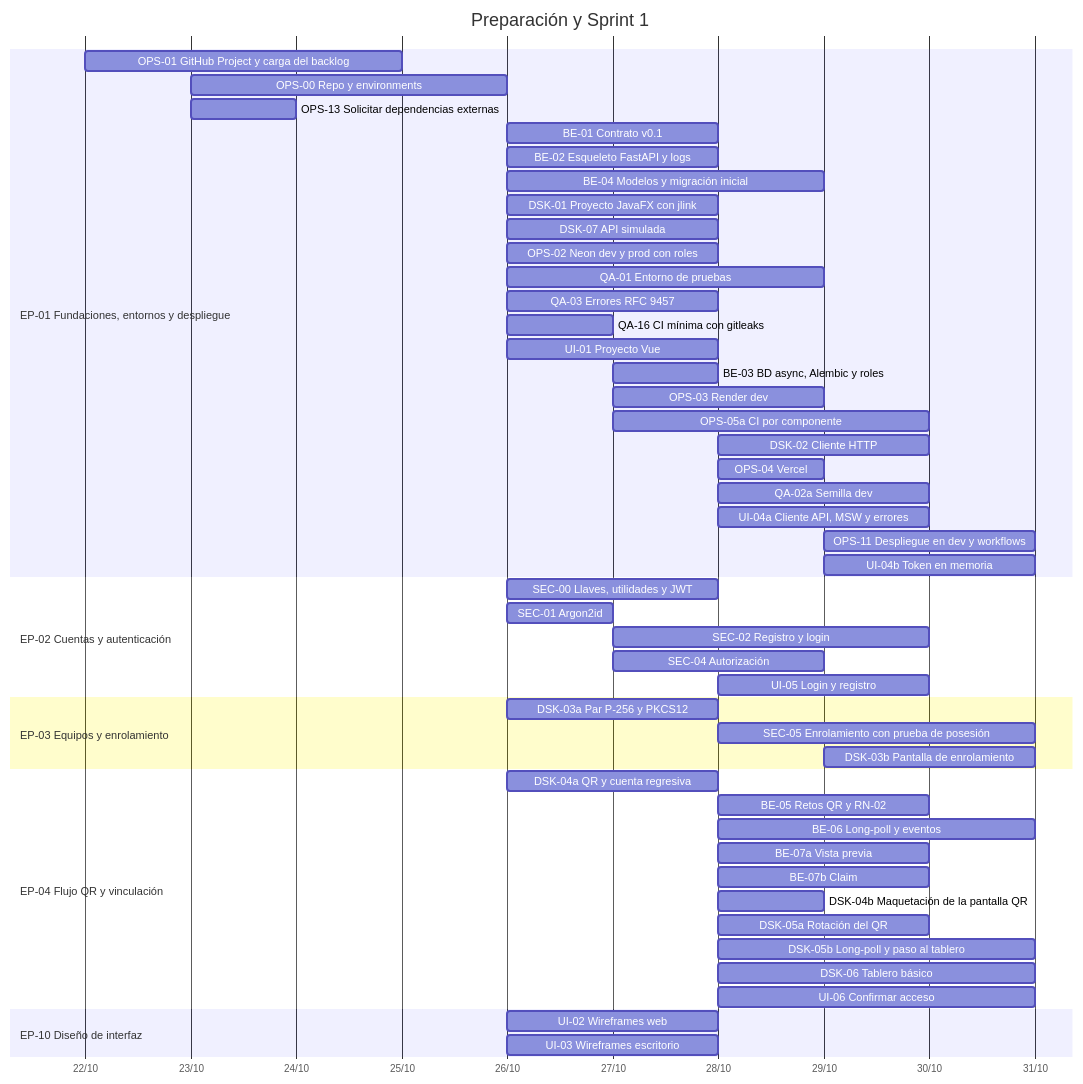
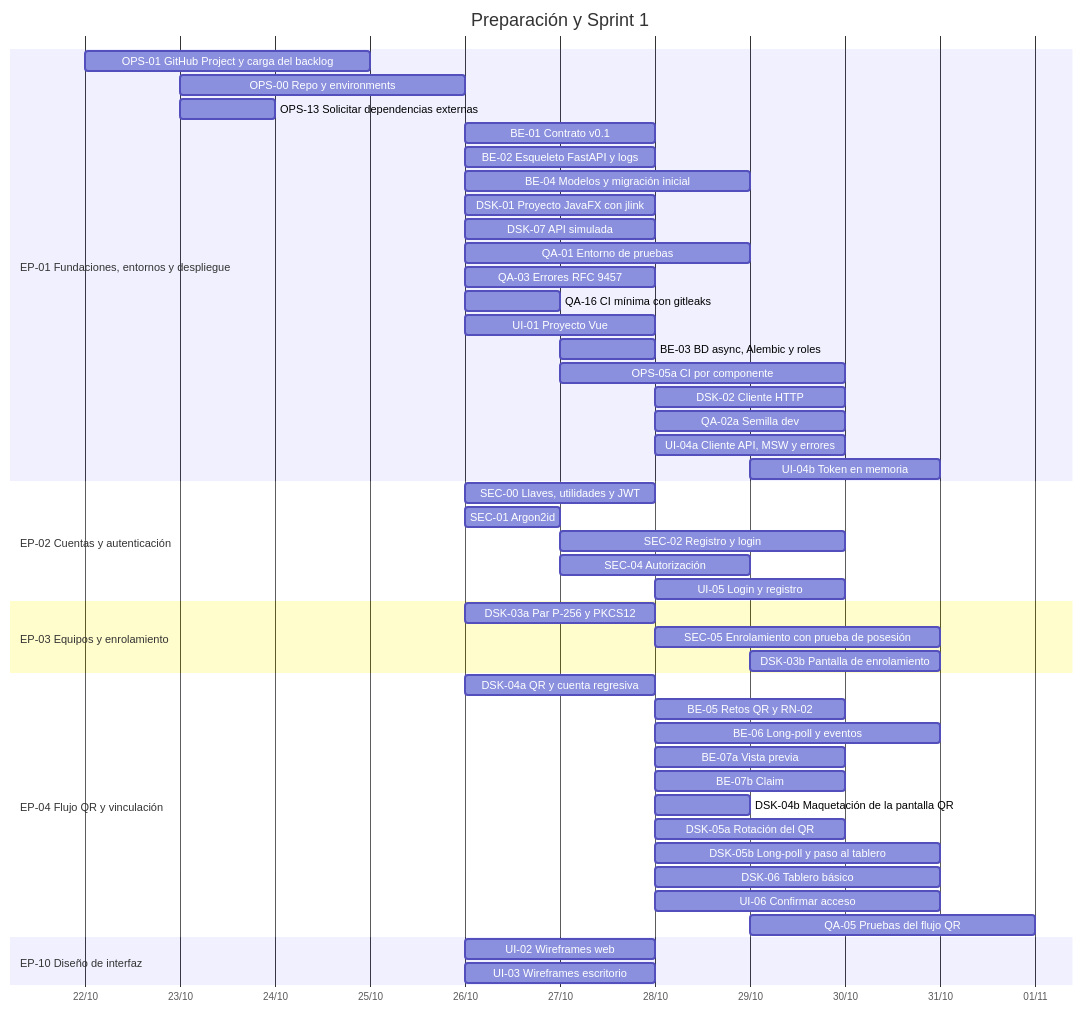
The first of 4 diagrams in docs/backlog/backlog-mvp.md (DidierParody/internet-cafe), drawn with Mermaid before and after one commit. The commit also changed other lines of this file and 1 other file, not shown here.

````diff
--- a/docs/backlog/backlog-mvp.md
+++ b/docs/backlog/backlog-mvp.md
@@ -408,53 +410,50 @@
 ```mermaid
 gantt
   title Preparación y Sprint 1
   dateFormat YYYY-MM-DD
   axisFormat %d/%m
   section EP-01 Fundaciones, entornos y despliegue
   OPS-01 GitHub Project y carga del backlog :OPS01, 2026-10-22, 2026-10-25
   OPS-00 Repo y environments :OPS00, 2026-10-23, 2026-10-26
   OPS-13 Solicitar dependencias externas :OPS13, 2026-10-23, 2026-10-24
   BE-01 Contrato v0.1 :BE01, 2026-10-26, 2026-10-28
   BE-02 Esqueleto FastAPI y logs :BE02, 2026-10-26, 2026-10-28
   BE-04 Modelos y migración inicial :BE04, 2026-10-26, 2026-10-29
   DSK-01 Proyecto JavaFX con jlink :DSK01, 2026-10-26, 2026-10-28
   DSK-07 API simulada :DSK07, 2026-10-26, 2026-10-28
-  OPS-02 Neon dev y prod con roles :OPS02, 2026-10-26, 2026-10-28
   QA-01 Entorno de pruebas :QA01, 2026-10-26, 2026-10-29
   QA-03 Errores RFC 9457 :QA03, 2026-10-26, 2026-10-28
   QA-16 CI mínima con gitleaks :QA16, 2026-10-26, 2026-10-27
   UI-01 Proyecto Vue :UI01, 2026-10-26, 2026-10-28
   BE-03 BD async, Alembic y roles :BE03, 2026-10-27, 2026-10-28
-  OPS-03 Render dev :OPS03, 2026-10-27, 2026-10-29
   OPS-05a CI por componente :OPS05a, 2026-10-27, 2026-10-30
   DSK-02 Cliente HTTP :DSK02, 2026-10-28, 2026-10-30
-  OPS-04 Vercel :OPS04, 2026-10-28, 2026-10-29
   QA-02a Semilla dev :QA02a, 2026-10-28, 2026-10-30
   UI-04a Cliente API, MSW y errores :UI04a, 2026-10-28, 2026-10-30
-  OPS-11 Despliegue en dev y workflows :OPS11, 2026-10-29, 2026-10-31
   UI-04b Token en memoria :UI04b, 2026-10-29, 2026-10-31
   section EP-02 Cuentas y autenticación
   SEC-00 Llaves, utilidades y JWT :SEC00, 2026-10-26, 2026-10-28
   SEC-01 Argon2id :SEC01, 2026-10-26, 2026-10-27
   SEC-02 Registro y login :SEC02, 2026-10-27, 2026-10-30
   SEC-04 Autorización :SEC04, 2026-10-27, 2026-10-29
   UI-05 Login y registro :UI05, 2026-10-28, 2026-10-30
   section EP-03 Equipos y enrolamiento
   DSK-03a Par P-256 y PKCS12 :DSK03a, 2026-10-26, 2026-10-28
   SEC-05 Enrolamiento con prueba de posesión :SEC05, 2026-10-28, 2026-10-31
   DSK-03b Pantalla de enrolamiento :DSK03b, 2026-10-29, 2026-10-31
   section EP-04 Flujo QR y vinculación
   DSK-04a QR y cuenta regresiva :DSK04a, 2026-10-26, 2026-10-28
   BE-05 Retos QR y RN-02 :BE05, 2026-10-28, 2026-10-30
   BE-06 Long-poll y eventos :BE06, 2026-10-28, 2026-10-31
   BE-07a Vista previa :BE07a, 2026-10-28, 2026-10-30
   BE-07b Claim :BE07b, 2026-10-28, 2026-10-30
   DSK-04b Maquetación de la pantalla QR :DSK04b, 2026-10-28, 2026-10-29
   DSK-05a Rotación del QR :DSK05a, 2026-10-28, 2026-10-30
   DSK-05b Long-poll y paso al tablero :DSK05b, 2026-10-28, 2026-10-31
   DSK-06 Tablero básico :DSK06, 2026-10-28, 2026-10-31
   UI-06 Confirmar acceso :UI06, 2026-10-28, 2026-10-31
+  QA-05 Pruebas del flujo QR :QA05, 2026-10-29, 2026-11-01
   section EP-10 Diseño de interfaz
   UI-02 Wireframes web :UI02, 2026-10-26, 2026-10-28
   UI-03 Wireframes escritorio :UI03, 2026-10-26, 2026-10-28
 ```
````
